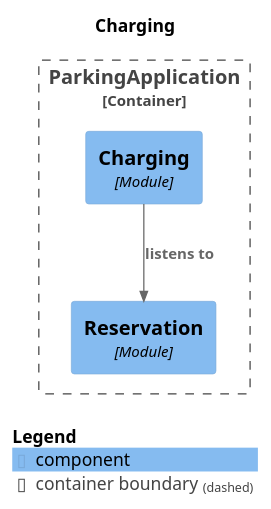
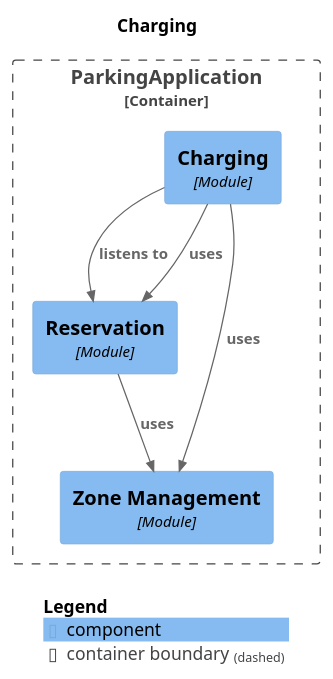
Before and after one commit to VladTZY/Erasmus-CarParking: the diagram in target/spring-modulith-docs/module-charging.puml, drawn with PlantUML. The commit also changed 80 other files, not shown here.

```diff
--- a/target/spring-modulith-docs/module-charging.puml
+++ b/target/spring-modulith-docs/module-charging.puml
@@ -1,19 +1,23 @@
 @startuml
 set separator none
 title Charging
 
 top to bottom direction
 
 !include <C4/C4>
 !include <C4/C4_Context>
 !include <C4/C4_Component>
 
 Container_Boundary("ParkingApplication.ParkingApplication_boundary", "ParkingApplication", $tags="") {
   Component(ParkingApplication.ParkingApplication.Charging, "Charging", $techn="Module", $descr="", $tags="", $link="")
   Component(ParkingApplication.ParkingApplication.Reservation, "Reservation", $techn="Module", $descr="", $tags="", $link="")
+  Component(ParkingApplication.ParkingApplication.ZoneManagement, "Zone Management", $techn="Module", $descr="", $tags="", $link="")
 }
 
+Rel(ParkingApplication.ParkingApplication.Reservation, ParkingApplication.ParkingApplication.ZoneManagement, "uses", $techn="", $tags="", $link="")
 Rel(ParkingApplication.ParkingApplication.Charging, ParkingApplication.ParkingApplication.Reservation, "listens to", $techn="", $tags="", $link="")
+Rel(ParkingApplication.ParkingApplication.Charging, ParkingApplication.ParkingApplication.Reservation, "uses", $techn="", $tags="", $link="")
+Rel(ParkingApplication.ParkingApplication.Charging, ParkingApplication.ParkingApplication.ZoneManagement, "uses", $techn="", $tags="", $link="")
 
 SHOW_LEGEND(true)
 @enduml
```
